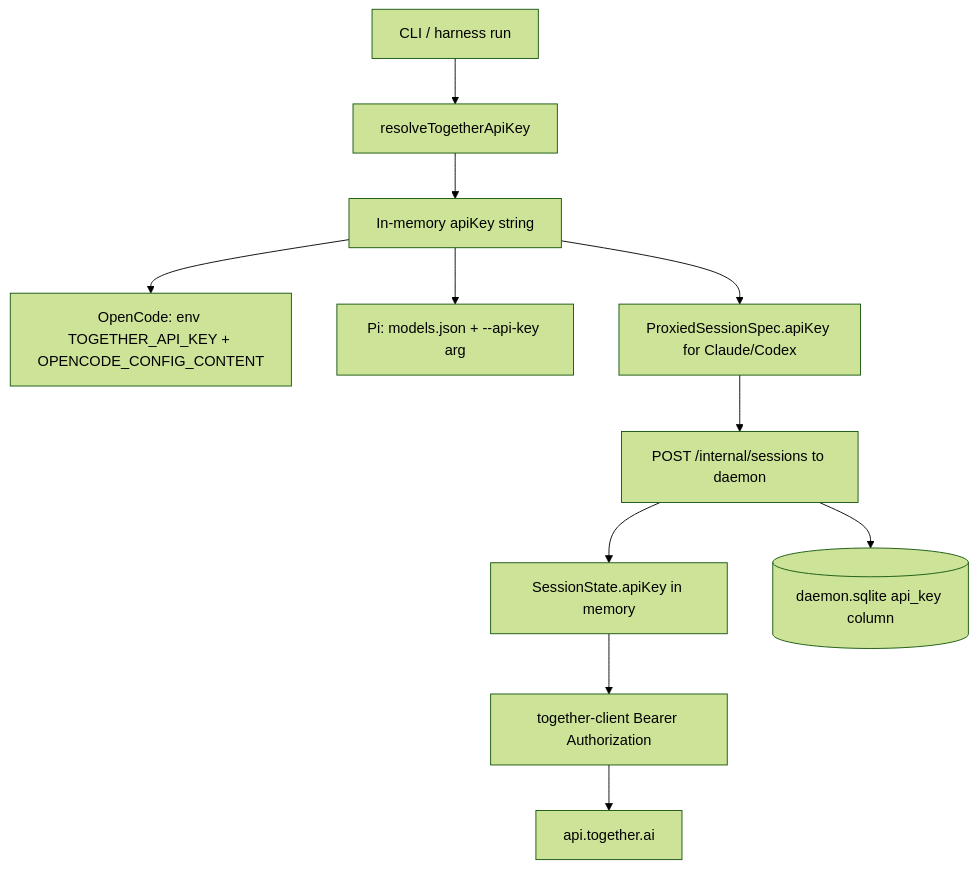
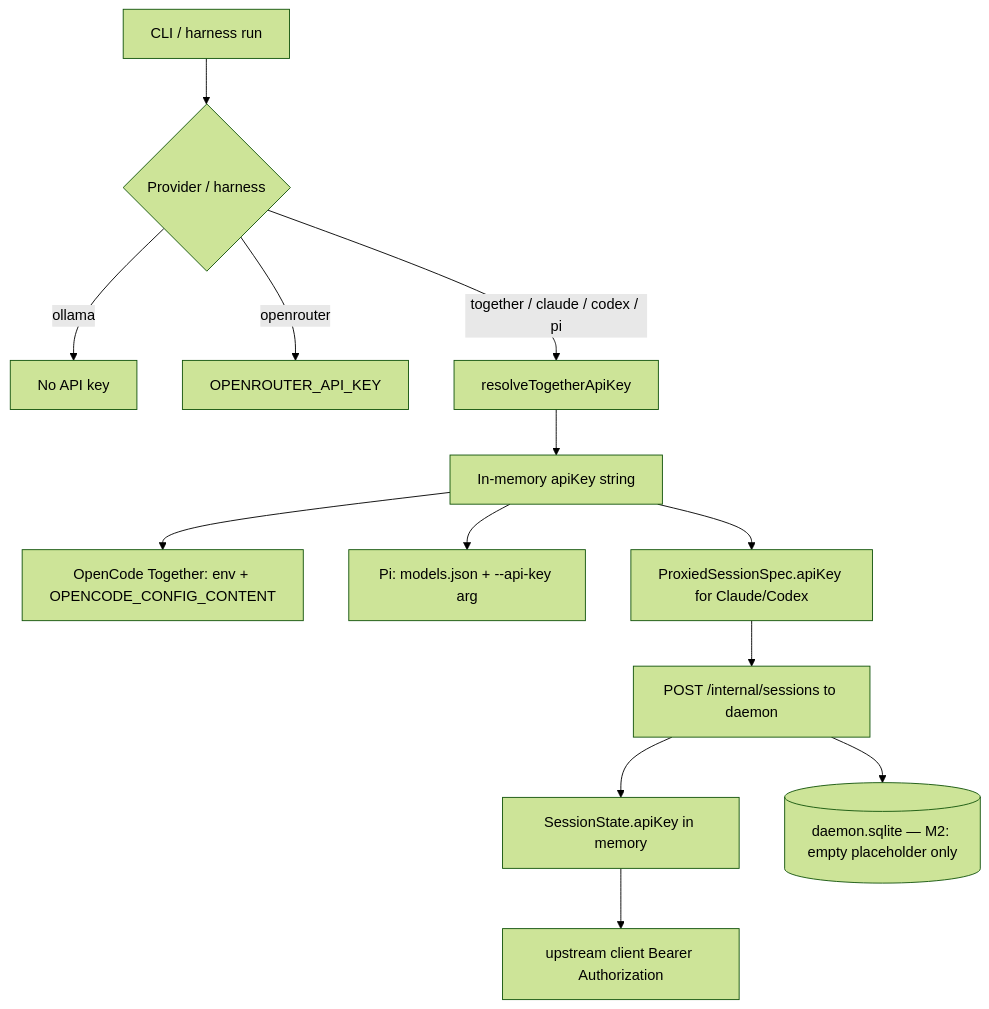
One commit to Ashwinhegde19/openharness changed the diagram in docs/audit/03-credential-flow.md. Above: the diagram before and after it, drawn with Mermaid (forest theme). The commit also changed other lines of this file and 7 other files, not shown here.

First line of the commit message:
docs: Together is an optional provider preset, not required

````diff
--- a/docs/audit/03-credential-flow.md
+++ b/docs/audit/03-credential-flow.md
@@ -17,13 +49,15 @@
 ```mermaid
 flowchart TD
-  CLI[CLI / harness run] --> R[resolveTogetherApiKey]
+  CLI[CLI / harness run] --> Sel{Provider / harness}
+  Sel -->|ollama| NoKey[No API key]
+  Sel -->|openrouter| OR[OPENROUTER_API_KEY]
+  Sel -->|together / claude / codex / pi| R[resolveTogetherApiKey]
   R --> K[In-memory apiKey string]
-  K --> OC[OpenCode: env TOGETHER_API_KEY + OPENCODE_CONFIG_CONTENT]
+  K --> OC[OpenCode Together: env + OPENCODE_CONFIG_CONTENT]
   K --> PI[Pi: models.json + --api-key arg]
   K --> PS[ProxiedSessionSpec.apiKey for Claude/Codex]
   PS --> REG[POST /internal/sessions to daemon]
   REG --> MEM[SessionState.apiKey in memory]
-  REG --> SQL[(daemon.sqlite api_key column)]
-  MEM --> UP[together-client Bearer Authorization]
-  UP --> TOG[api.together.ai]
+  REG --> SQL[(daemon.sqlite — M2: empty placeholder only)]
+  MEM --> UP[upstream client Bearer Authorization]
 ```
````
